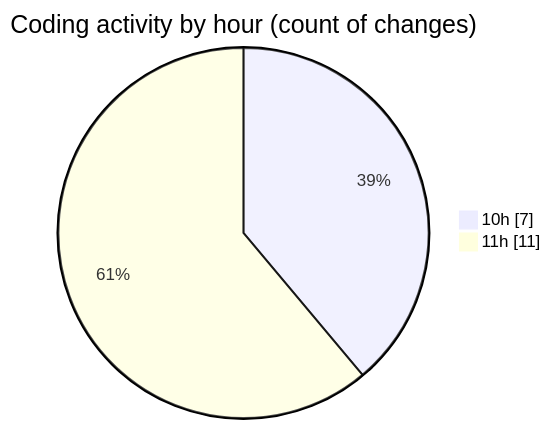
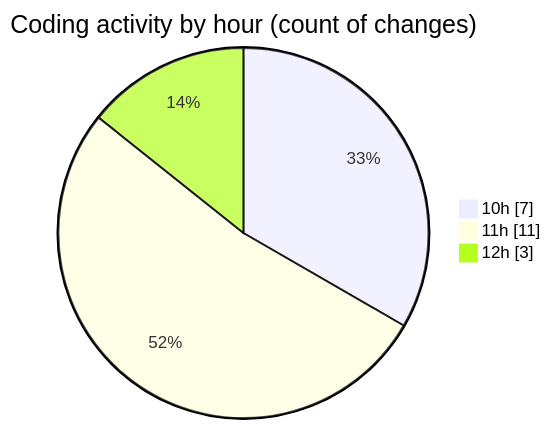
One commit to igalym/code-tracking changed the second of 2 diagrams in 2026-03-31/cinema/README.md. Above: the diagram before and after it, drawn with Mermaid. The commit also changed other lines of this file and 1 other file, not shown here.

````diff
--- a/2026-03-31/cinema/README.md
+++ b/2026-03-31/cinema/README.md
@@ -37,6 +38,7 @@
 ```mermaid
 pie showData
 title Coding activity by hour (count of changes)
 "10h" : 7
 "11h" : 11
+"12h" : 3
 ```
````
